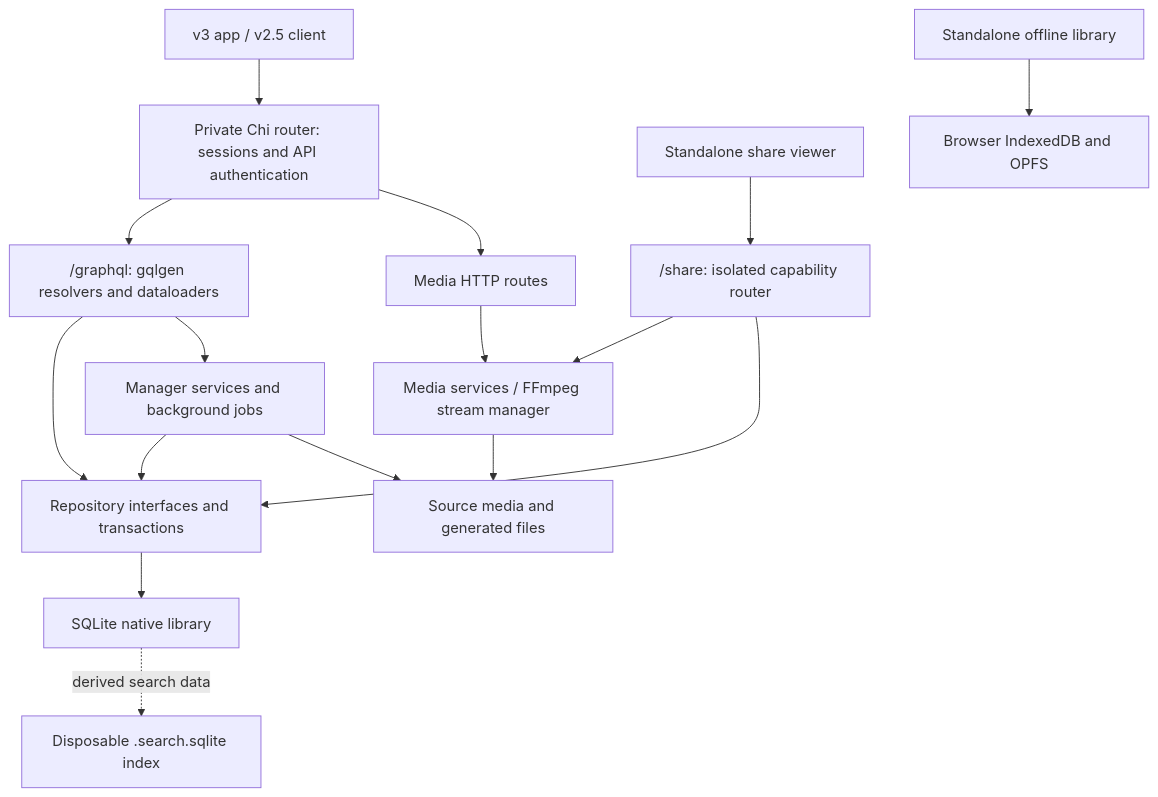
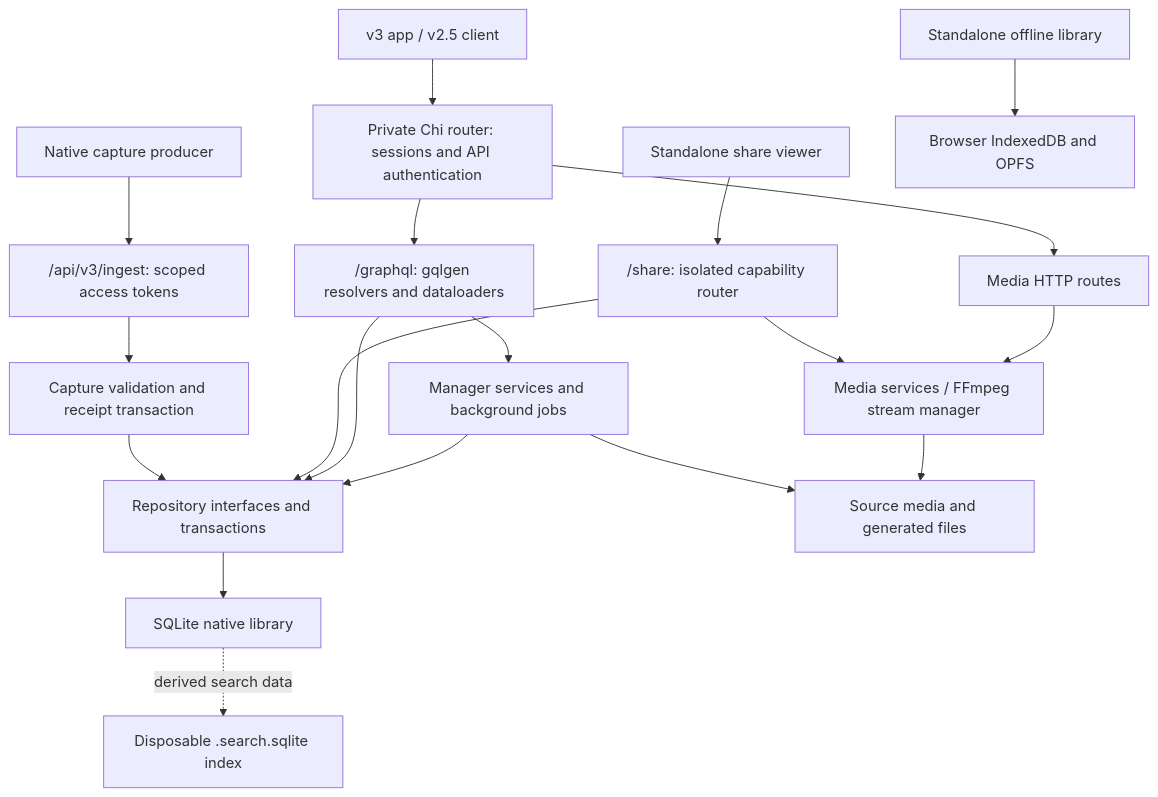
Before and after one commit to notsafeforgit/stash: the diagram in docs/ARCHITECTURE.md, drawn with Mermaid. The commit also changed other lines of this file and 24 other files, not shown here.

Commit message:
Add scoped native capture ingestion with durable receipts

````diff
--- a/docs/ARCHITECTURE.md
+++ b/docs/ARCHITECTURE.md
@@ -19,18 +19,21 @@
 ```mermaid
 flowchart TD
     owner["v3 app / v2.5 client"] --> private["Private Chi router: sessions and API authentication"]
     private --> graphql["/graphql: gqlgen resolvers and dataloaders"]
     private --> media["Media HTTP routes"]
+    producer["Native capture producer"] --> ingest["/api/v3/ingest: scoped access tokens"]
+    ingest --> intake["Capture validation and receipt transaction"]
+    intake --> repo
     guest["Standalone share viewer"] --> shares["/share: isolated capability router"]
     shares --> mediaService["Media services / FFmpeg stream manager"]
     shares --> repo["Repository interfaces and transactions"]
     graphql --> repo
     graphql --> jobs["Manager services and background jobs"]
     jobs --> repo
     jobs --> files["Source media and generated files"]
     media --> mediaService
     mediaService --> files
     repo --> db["SQLite native library"]
     db -. "derived search data" .-> search["Disposable .search.sqlite index"]
     offline["Standalone offline library"] --> browser["Browser IndexedDB and OPFS"]
 ```
````
